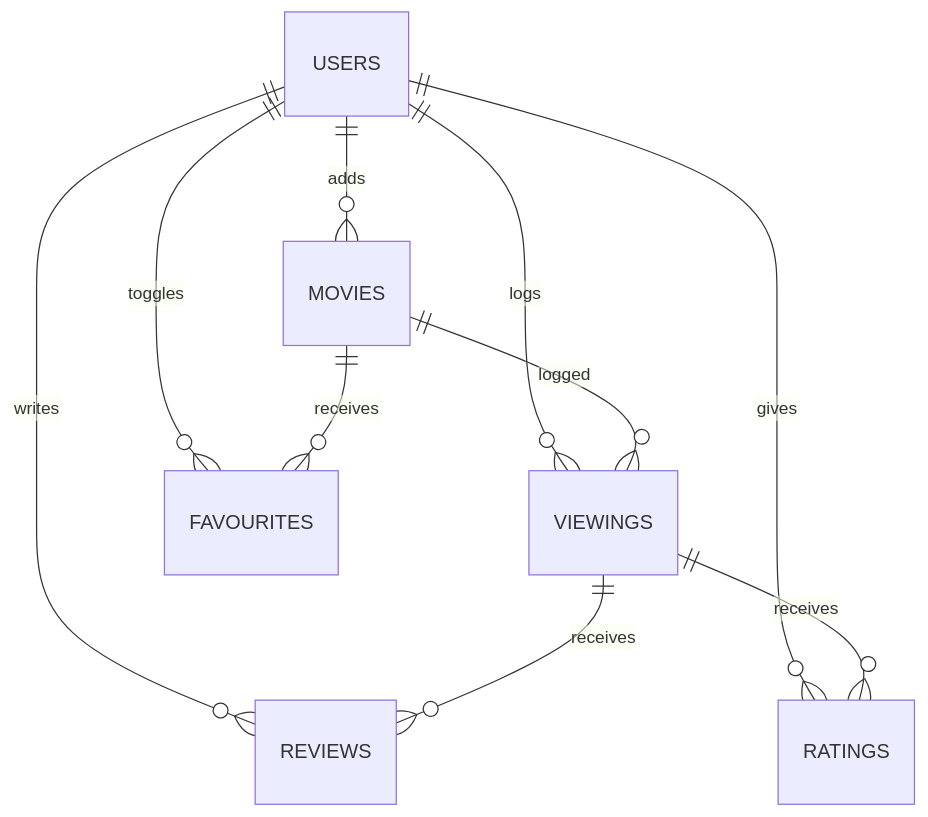
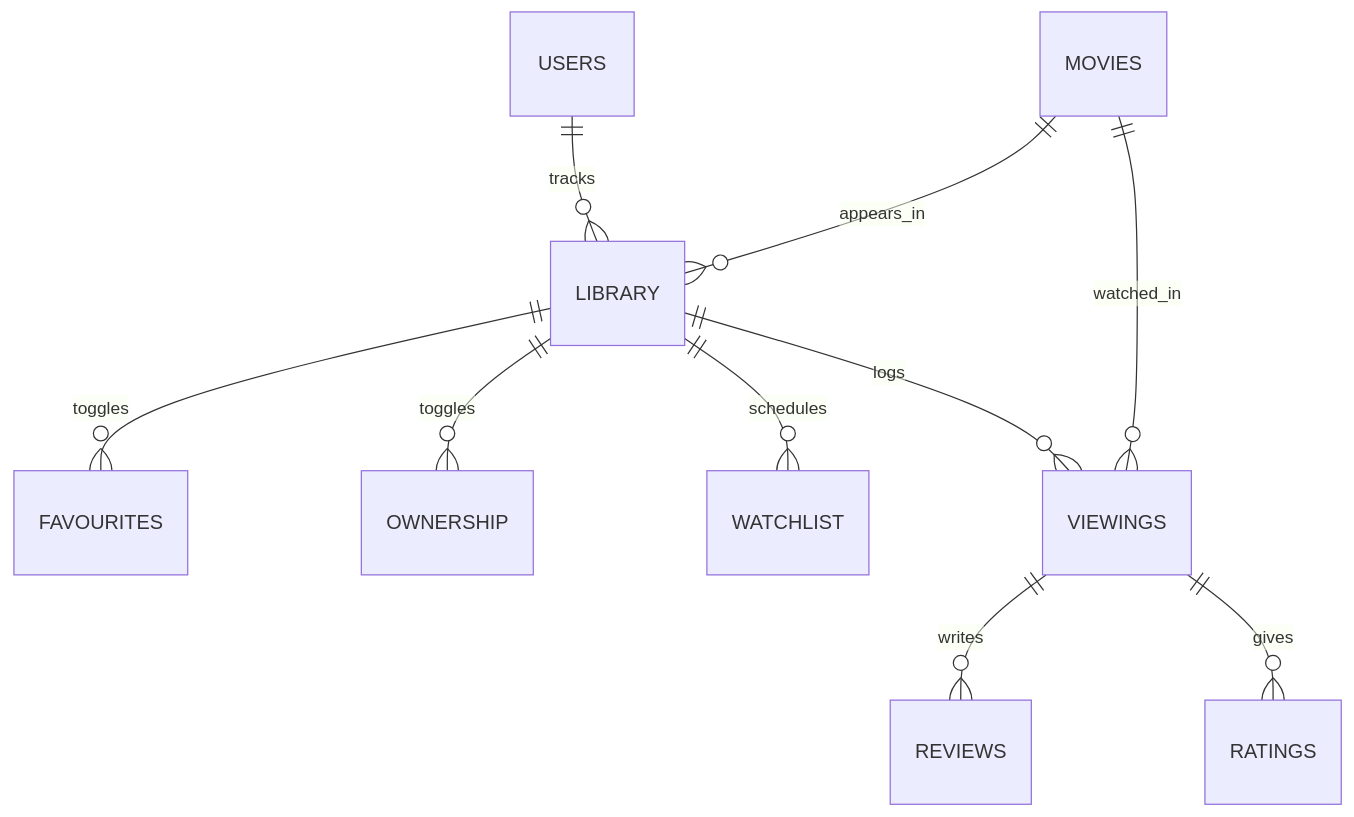
The first of 2 diagrams in README.md (CampbellJGilpin/MovieLogger), drawn with Mermaid before and after one commit. The commit also changed other lines of this file and 77 other files, not shown here.

````diff
--- a/README.md
+++ b/README.md
@@ -42,14 +42,14 @@
 ```mermaid
 erDiagram
-    USERS ||--o{ MOVIES : adds
-    USERS ||--o{ REVIEWS : writes
-    USERS ||--o{ RATINGS : gives
-    USERS ||--o{ VIEWINGS : logs
-    USERS ||--o{ FAVOURITES : toggles
+    USERS ||--o{ LIBRARY : tracks
+    LIBRARY ||--o{ FAVOURITES : toggles
+    LIBRARY ||--o{ OWNERSHIP : toggles
+    LIBRARY ||--o{ WATCHLIST : schedules
+    LIBRARY ||--o{ VIEWINGS : logs
 
-    VIEWINGS ||--o{ REVIEWS : receives
-    VIEWINGS ||--o{ RATINGS : receives
+    VIEWINGS ||--o{ REVIEWS : writes
+    VIEWINGS ||--o{ RATINGS : gives
 
-    MOVIES ||--o{ FAVOURITES : receives
-    MOVIES ||--o{ VIEWINGS : logged
+    MOVIES ||--o{ LIBRARY : appears_in
+    MOVIES ||--o{ VIEWINGS : watched_in
 ```
````
